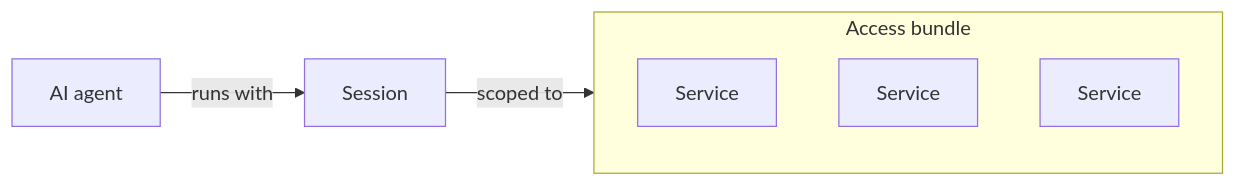
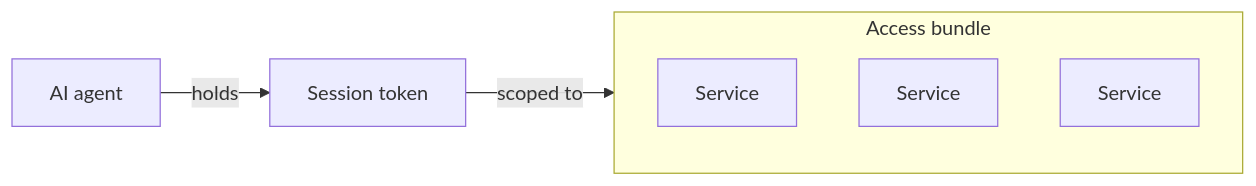
Before and after one commit to Infisical/infisical: the fourth of 6 diagrams in docs/documentation/platform/agent-vault/how-it-works.mdx, drawn with Mermaid. The commit also changed other lines of this file, not shown here.

Commit message:
update mermaid diagrams

````diff
--- a/docs/documentation/platform/agent-vault/how-it-works.mdx
+++ b/docs/documentation/platform/agent-vault/how-it-works.mdx
@@ -63,10 +63,10 @@
     ```mermaid
     flowchart LR
-      agent["AI agent"] -->|"runs with"| session["Session"]
-      session -->|"scoped to"| bundle
+      agent["AI agent"] -->|"holds"| token["Session token"]
+      token -->|"scoped to"| bundle
       subgraph bundle["Access bundle"]
         s1["Service"]
         s2["Service"]
         s3["Service"]
       end
     ```
````
